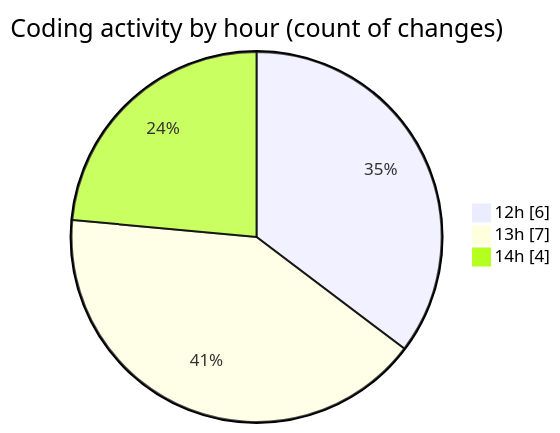
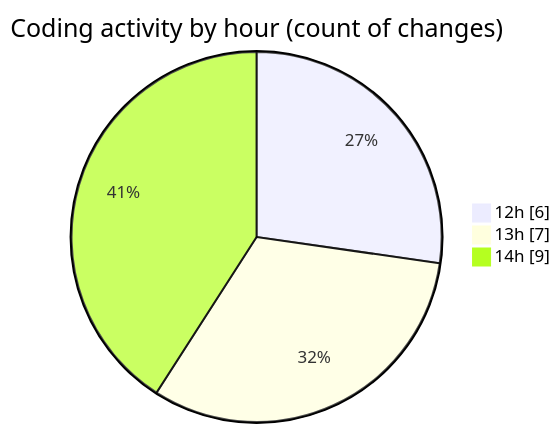
Before and after one commit to nxtqubesakshisongat/code-tracking: the second of 2 diagrams in 2025-05-26/nxtqube_webapp/README.md, drawn with Mermaid. The commit also changed other lines of this file and 1 other file, not shown here.

````diff
--- a/2025-05-26/nxtqube_webapp/README.md
+++ b/2025-05-26/nxtqube_webapp/README.md
@@ -28,7 +28,7 @@
 ```mermaid
 pie showData
 title Coding activity by hour (count of changes)
 "12h" : 6
 "13h" : 7
-"14h" : 4
+"14h" : 9
 ```
````
